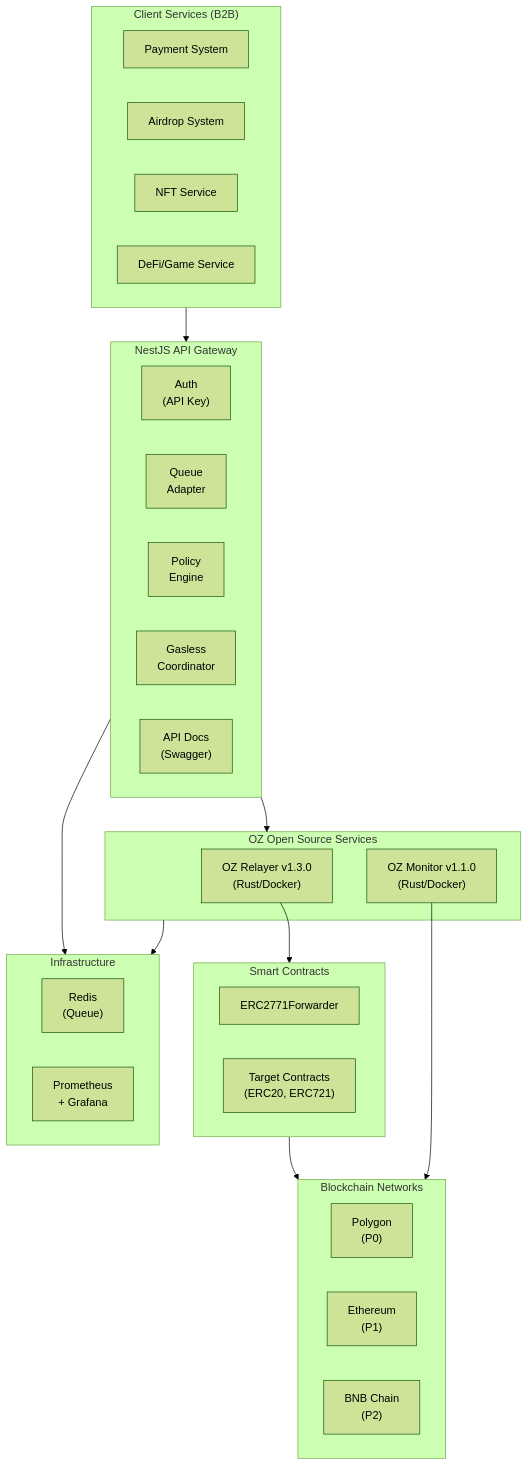
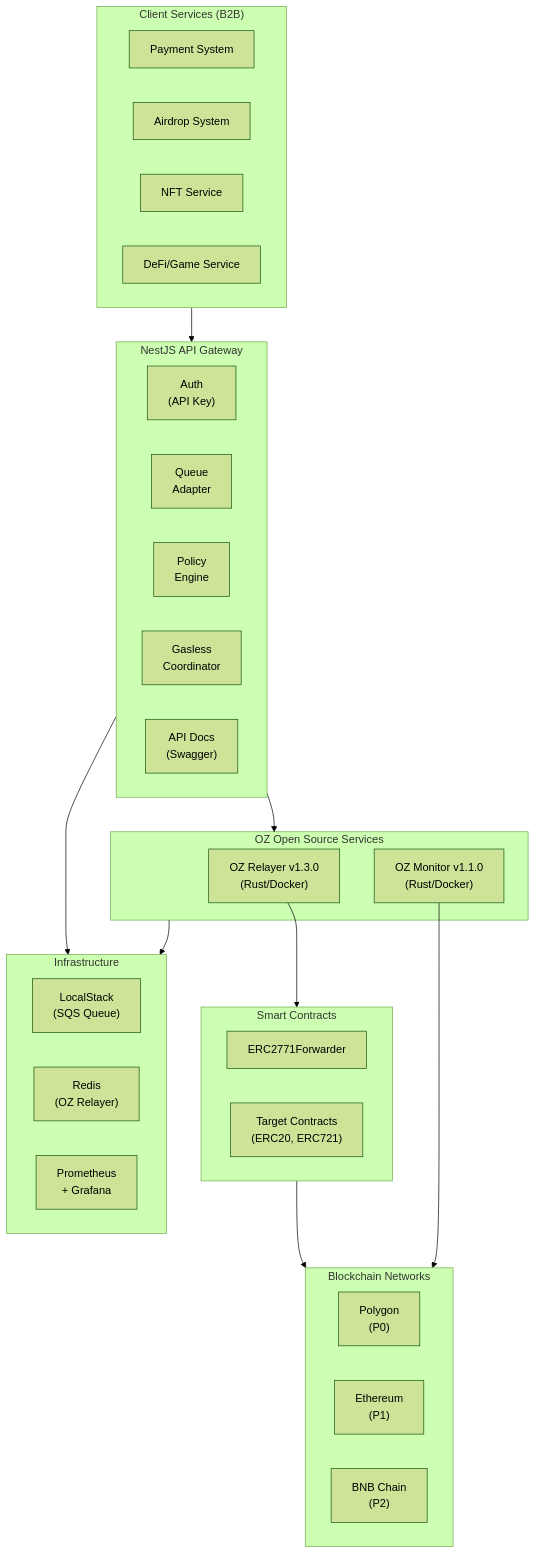
One commit to globalmsq/msq-relayer-service changed the first of 3 diagrams in docs/structure.md. Above: the diagram before and after it, drawn with Mermaid (forest theme). The commit also changed other lines of this file and 6 other files, not shown here.

````diff
--- a/docs/structure.md
+++ b/docs/structure.md
@@ -106,46 +106,47 @@
 ```mermaid
 flowchart TB
     subgraph Clients["Client Services (B2B)"]
         Payment["Payment System"]
         Airdrop["Airdrop System"]
         NFTService["NFT Service"]
         DeFi["DeFi/Game Service"]
     end
 
     subgraph Gateway["NestJS API Gateway"]
         Auth["Auth\n(API Key)"]
         QueueAdapter["Queue\nAdapter"]
         Policy["Policy\nEngine"]
         GaslessCoord["Gasless\nCoordinator"]
         APIDocs["API Docs\n(Swagger)"]
     end
 
     subgraph OZServices["OZ Open Source Services"]
         Relayer["OZ Relayer v1.3.0\n(Rust/Docker)"]
         Monitor["OZ Monitor v1.1.0\n(Rust/Docker)"]
     end
 
     subgraph SmartContracts["Smart Contracts"]
         Forwarder["ERC2771Forwarder"]
         Target["Target Contracts\n(ERC20, ERC721)"]
     end
 
     subgraph Infra["Infrastructure"]
-        Redis["Redis\n(Queue)"]
+        LocalStack["LocalStack\n(SQS Queue)"]
+        Redis["Redis\n(OZ Relayer)"]
         Prometheus["Prometheus\n+ Grafana"]
     end
 
     subgraph Blockchain["Blockchain Networks"]
         Polygon["Polygon\n(P0)"]
         Ethereum["Ethereum\n(P1)"]
         BNB["BNB Chain\n(P2)"]
     end
 
     Clients --> Gateway
     Gateway --> OZServices
     Relayer --> SmartContracts
     SmartContracts --> Blockchain
     OZServices --> Infra
     Gateway --> Infra
     Monitor --> Blockchain
 ```
````
